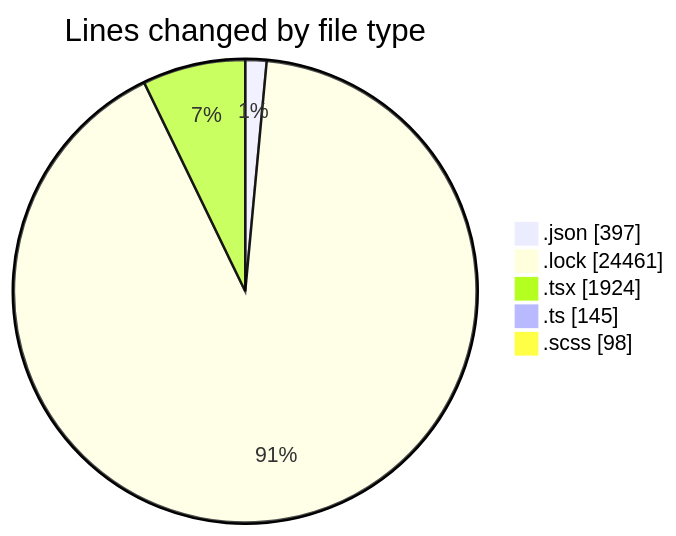
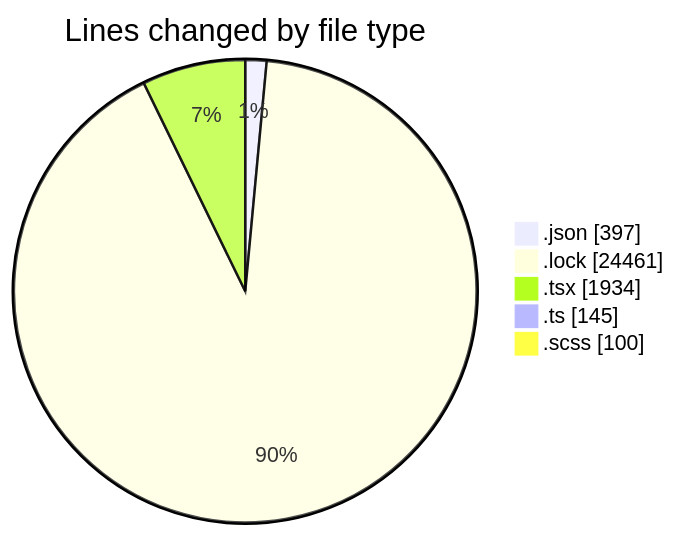
The first of 2 diagrams in 2026-05-14/cda/README.md (momahboobian/code-tracking), drawn with Mermaid before and after one commit. The commit also changed other lines of this file and 1 other file, not shown here.

````diff
--- a/2026-05-14/cda/README.md
+++ b/2026-05-14/cda/README.md
@@ -36,9 +36,9 @@
 ```mermaid
 pie showData
 title Lines changed by file type
 ".json" : 397
 ".lock" : 24461
-".tsx" : 1924
+".tsx" : 1934
 ".ts" : 145
-".scss" : 98
+".scss" : 100
 ```
````
